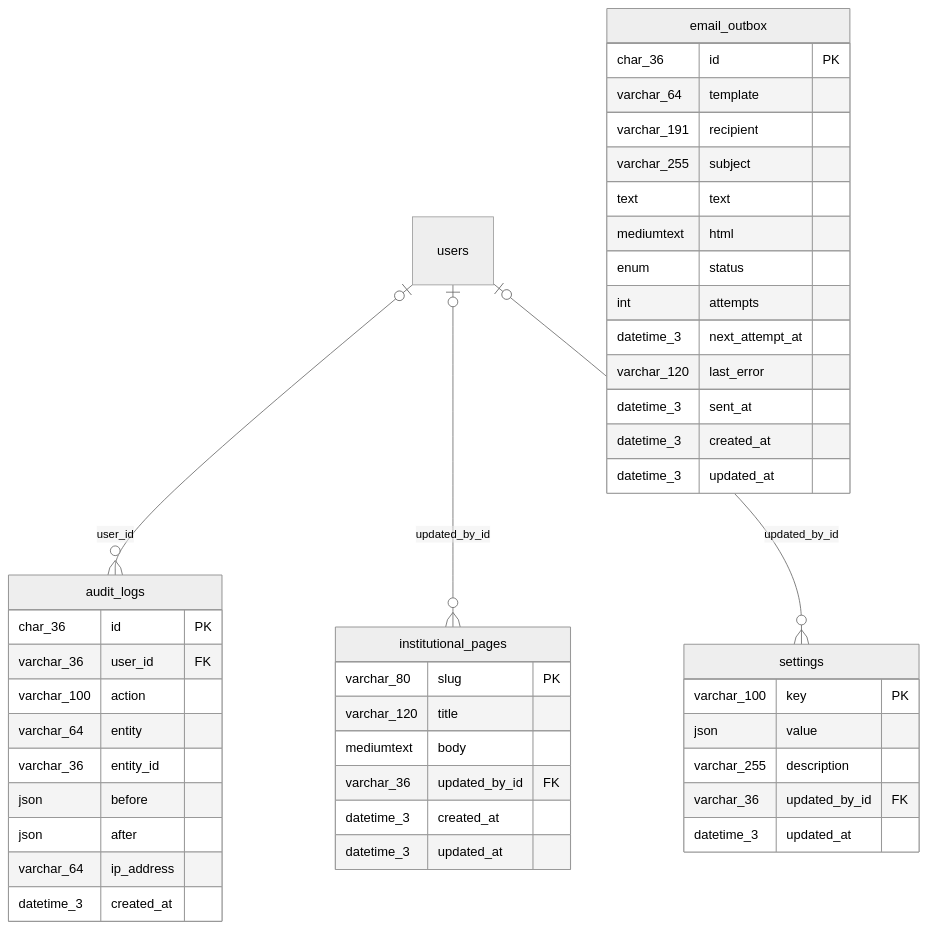
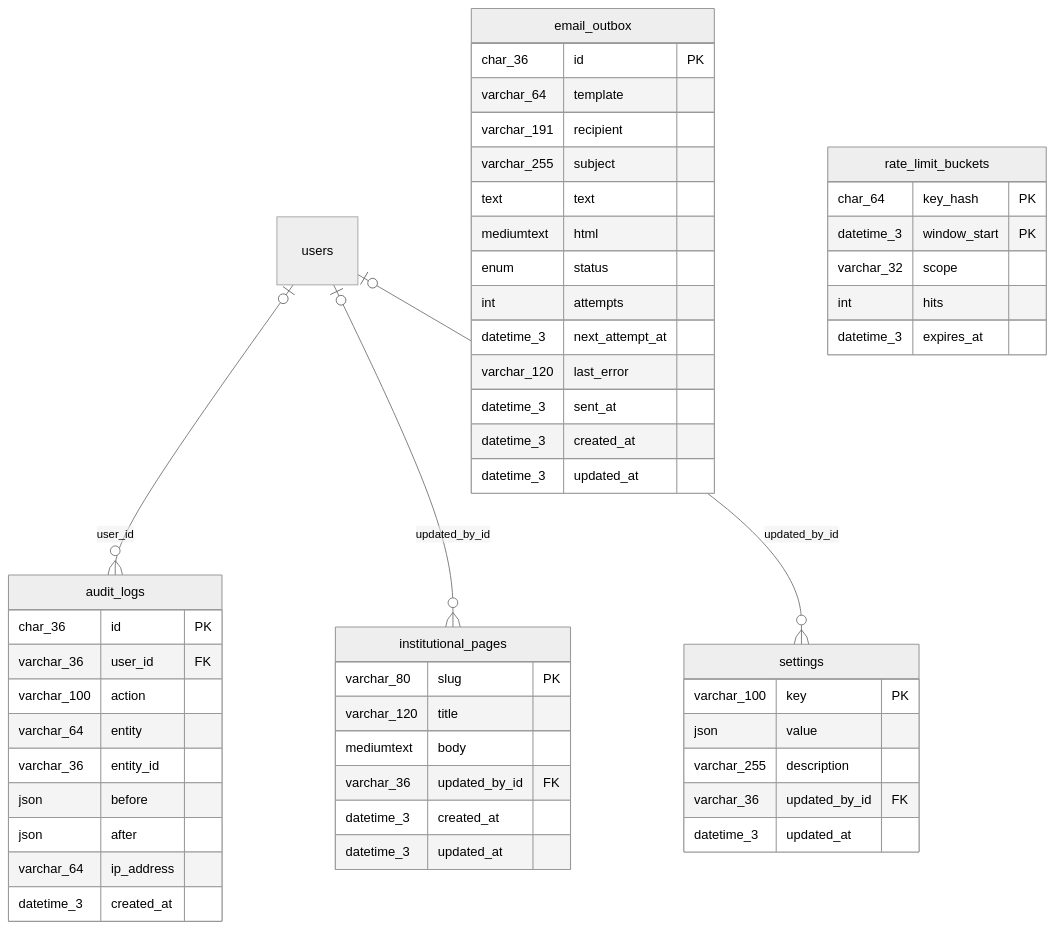
Before and after one commit to Ks7dev/Project_Senai: the seventh of 7 diagrams in docs/banco-de-dados/03-mer.md, drawn with Mermaid (neutral theme). The commit also changed 15 other files, not shown here.

````diff
--- a/docs/banco-de-dados/03-mer.md
+++ b/docs/banco-de-dados/03-mer.md
@@ -683,47 +683,54 @@
 ```mermaid
 erDiagram
   users |o--o{ audit_logs : "user_id"
   users |o--o{ institutional_pages : "updated_by_id"
   users |o--o{ settings : "updated_by_id"
   settings {
     varchar_100 key PK
     json value
     varchar_255 description
     varchar_36 updated_by_id FK
     datetime_3 updated_at
   }
   institutional_pages {
     varchar_80 slug PK
     varchar_120 title
     mediumtext body
     varchar_36 updated_by_id FK
     datetime_3 created_at
     datetime_3 updated_at
   }
   audit_logs {
     char_36 id PK
     varchar_36 user_id FK
     varchar_100 action
     varchar_64 entity
     varchar_36 entity_id
     json before
     json after
     varchar_64 ip_address
     datetime_3 created_at
   }
   email_outbox {
     char_36 id PK
     varchar_64 template
     varchar_191 recipient
     varchar_255 subject
     text text
     mediumtext html
     enum status
     int attempts
     datetime_3 next_attempt_at
     varchar_120 last_error
     datetime_3 sent_at
     datetime_3 created_at
     datetime_3 updated_at
   }
+  rate_limit_buckets {
+    char_64 key_hash PK
+    datetime_3 window_start PK
+    varchar_32 scope
+    int hits
+    datetime_3 expires_at
+  }
 ```
````
